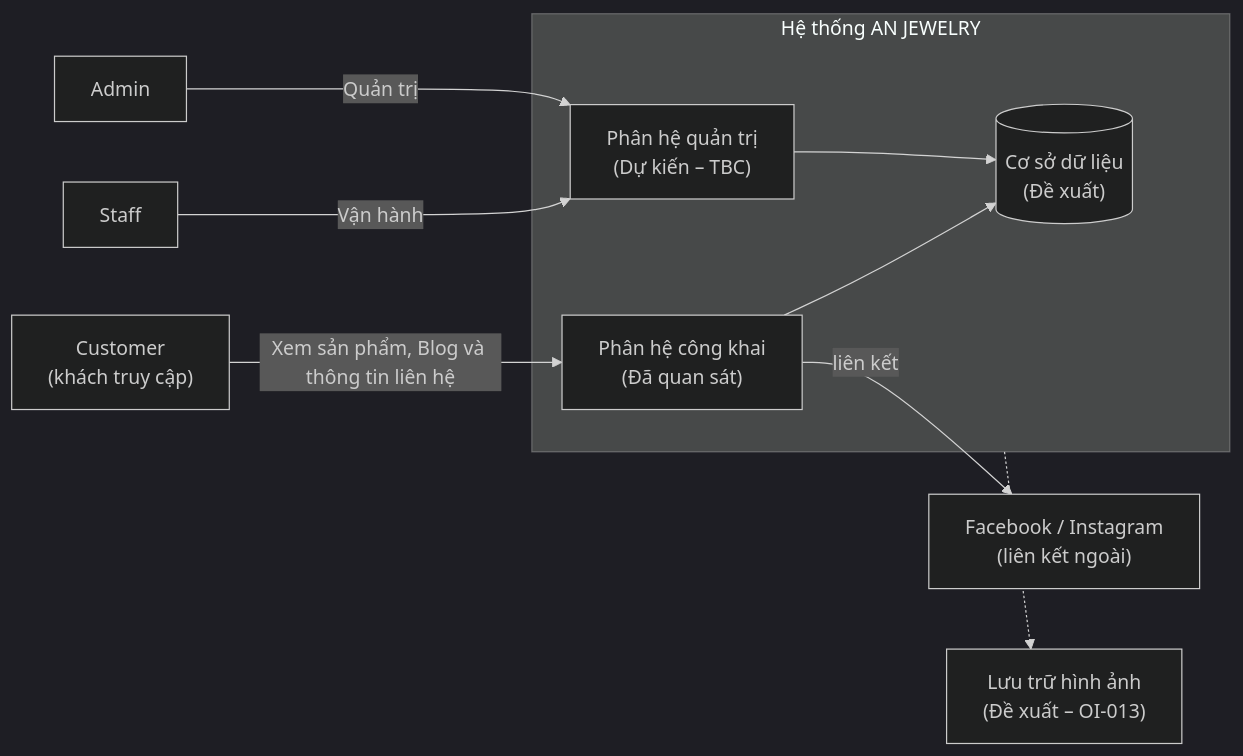
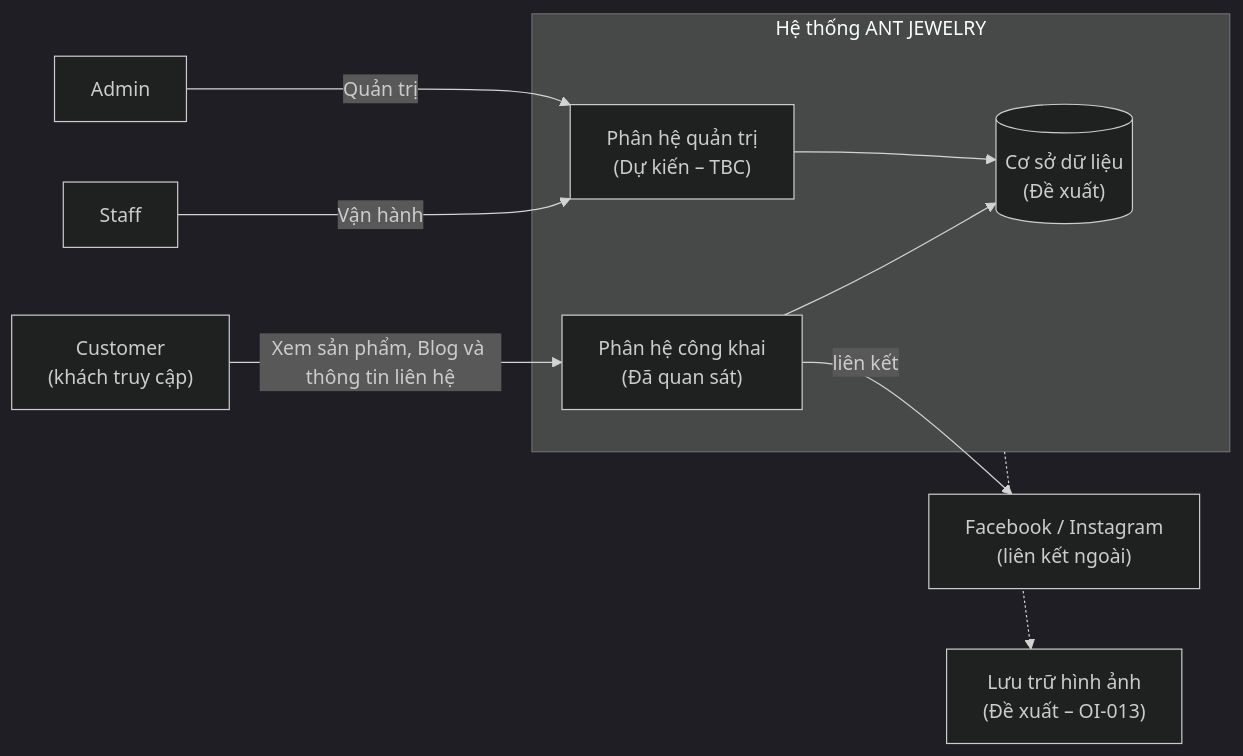
The first of 2 diagrams in docs/REQUIREMENTS.md (khanhtung2410/ant-jewelry), drawn with Mermaid (dark theme) before and after one commit. The commit also changed other lines of this file and 61 other files, not shown here.

````diff
--- a/docs/REQUIREMENTS.md
+++ b/docs/REQUIREMENTS.md
@@ -191,20 +191,20 @@
 ```mermaid
 flowchart LR
     C["Customer<br/>(khách truy cập)"]
     A["Admin"]
     S["Staff"]
-    subgraph SYS["Hệ thống AN JEWELRY"]
+    subgraph SYS["Hệ thống ANT JEWELRY"]
         PUB["Phân hệ công khai<br/>(Đã quan sát)"]
         ADM["Phân hệ quản trị<br/>(Dự kiến – TBC)"]
         DB[("Cơ sở dữ liệu<br/>(Đề xuất)")]
     end
     IMG["Lưu trữ hình ảnh<br/>(Đề xuất – OI-013)"]
     SOC["Facebook / Instagram<br/>(liên kết ngoài)"]
     C -->|"Xem sản phẩm, Blog và thông tin liên hệ"| PUB
     A -->|"Quản trị"| ADM
     S -->|"Vận hành"| ADM
     PUB --> DB
     ADM --> DB
     SYS -.-> IMG
     PUB -->|"liên kết"| SOC
 ```
````
